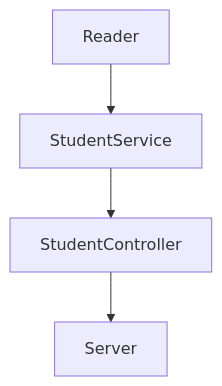
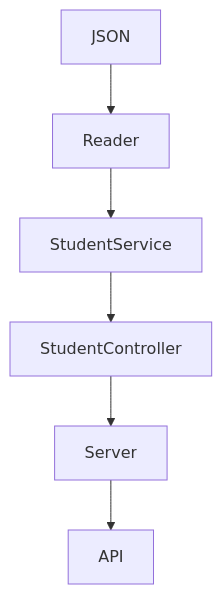
One commit to DanielaBeltranCruz/Code-Challenge changed the first of 2 diagrams in readme.md. Above: the diagram before and after it, drawn with Mermaid. The commit also changed other lines of this file, not shown here.

````diff
--- a/readme.md
+++ b/readme.md
@@ -95,6 +95,8 @@
 ```mermaid
 flowchart TD
-    A[Reader] --> B[StudentService]
-    B --> C[StudentController]
-    C --> D[Server]
+    A[JSON] --> B[Reader]
+    B --> C[StudentService]
+    C --> D[StudentController]
+    D --> E[Server]
+    E --> F[API]
 ```
````
